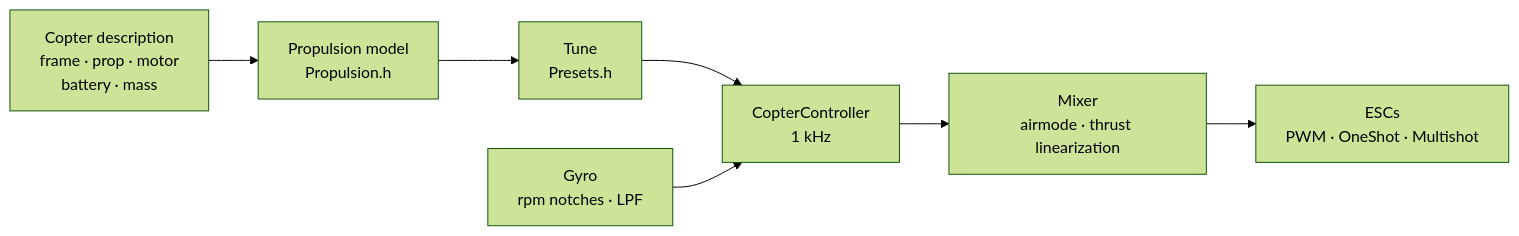
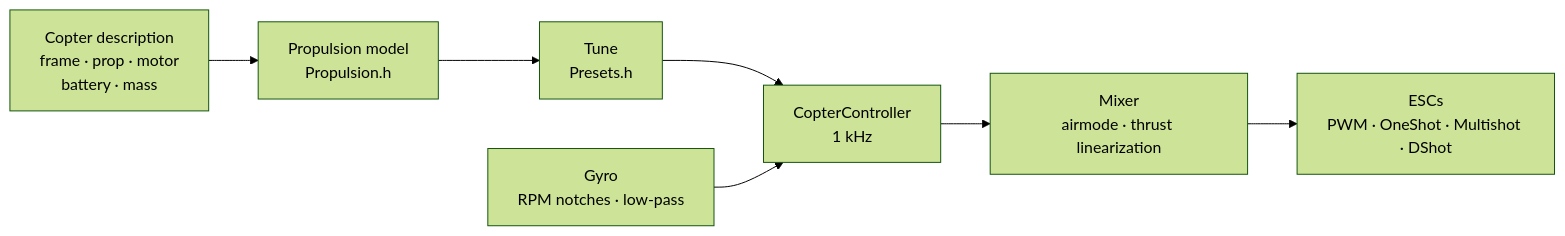
The diagram in docs/i18n/en/COPTER.md (damir-lebedev/OpenPlaneProject), drawn with Mermaid (forest theme) before and after one commit. The commit also changed other lines of this file and 21 other files, not shown here.

````diff
--- a/docs/i18n/en/COPTER.md
+++ b/docs/i18n/en/COPTER.md
@@ -19,9 +20,9 @@
 ```mermaid
 flowchart LR
     D["Copter description<br/>frame · prop · motor<br/>battery · mass"] --> M["Propulsion model<br/>Propulsion.h"]
     M --> T["Tune<br/>Presets.h"]
     T --> C["CopterController<br/>1 kHz"]
-    G["Gyro<br/>rpm notches · LPF"] --> C
+    G["Gyro<br/>RPM notches · low-pass"] --> C
     C --> X["Mixer<br/>airmode · thrust linearization"]
-    X --> E["ESCs<br/>PWM · OneShot · Multishot"]
+    X --> E["ESCs<br/>PWM · OneShot · Multishot · DShot"]
 ```
````
